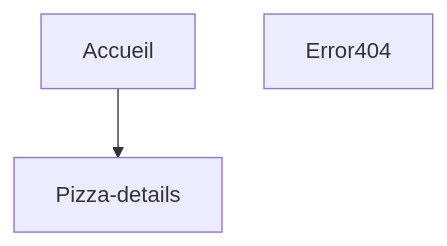
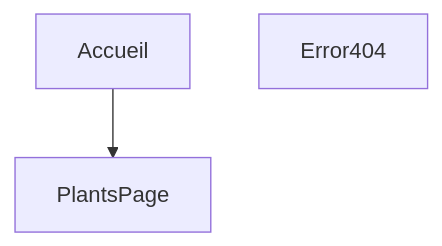
The diagram in README.md (BonnevieAmel/Elixirs_Botanique), drawn with Mermaid before and after one commit.

Commit message:
READme custom

````diff
--- a/README.md
+++ b/README.md
@@ -60,6 +60,6 @@
 ```mermaid
 graph TD;
     Accueil;
-    Accueil-->Pizza-details;
+    Accueil-->PlantsPage;
     Error404;
 ```
````
